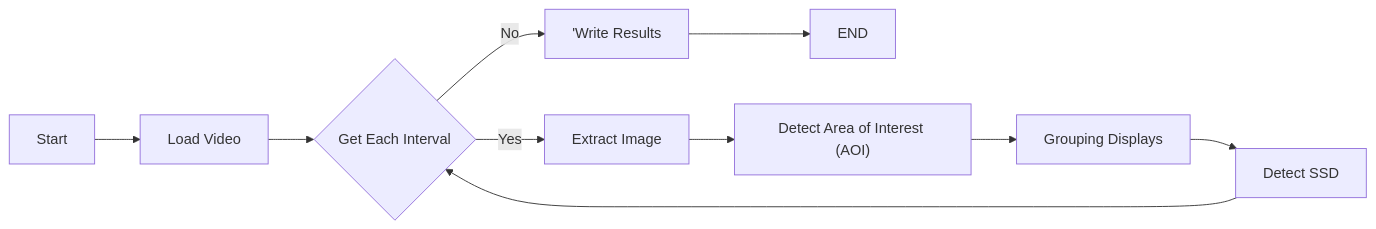
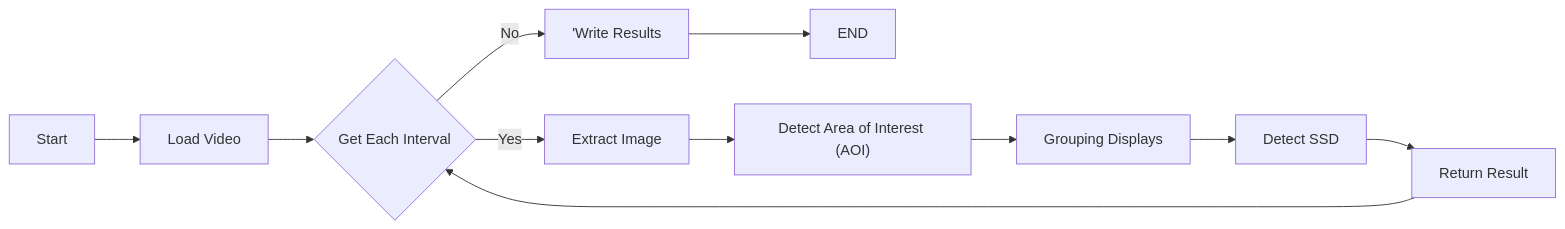
The diagram in README.md (sanekee/skylogger-python), drawn with Mermaid before and after one commit. The commit also changed 2 other files, not shown here.

````diff
--- a/README.md
+++ b/README.md
@@ -9,11 +9,12 @@
 ```mermaid
 flowchart LR
     A[Start] --> B[Load Video]
     B --> C{Get Each Interval}
     C -->|No| D['Write Results] --> E[END]
     C --> |Yes| F[Extract Image]
     F --> G[Detect Area of Interest #40;AOI#41;]
     G --> I[Grouping Displays]
-    I --> J[Detect SSD] --> C
-    
+    I --> J[Detect SSD]
+    J --> K[Return Result] --> C
+
 ```
````
